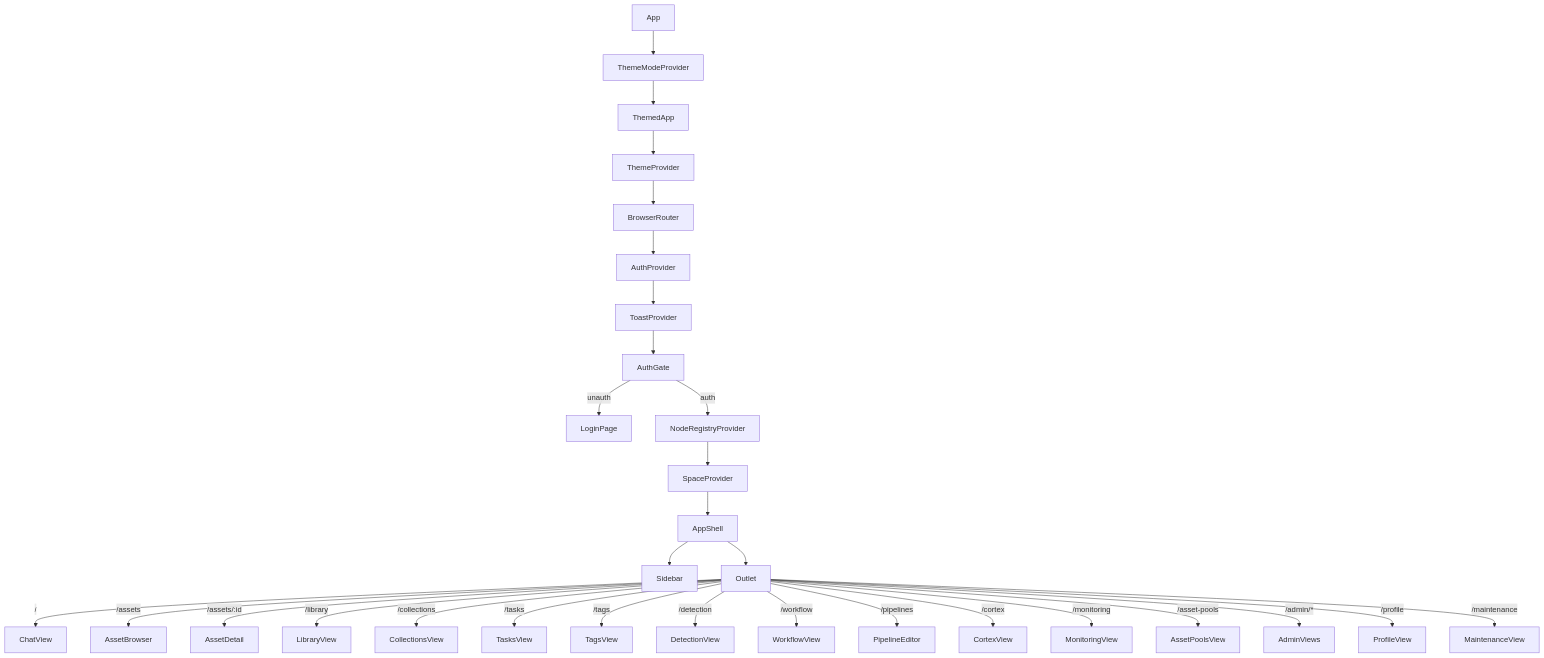
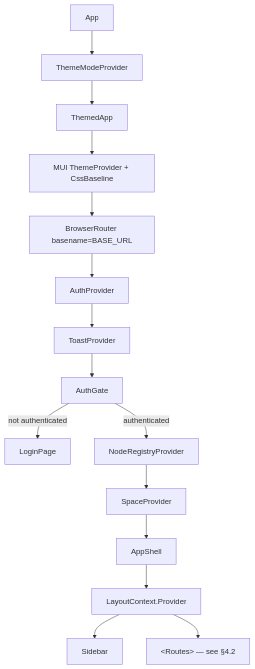
One commit to metaloom/metaloom changed the diagram in spec/loom/ui/LOOM_UI.md. Above: the diagram before and after it, drawn with Mermaid. The commit also changed other lines of this file and 45 other files, not shown here.

````diff
--- a/spec/loom/ui/LOOM_UI.md
+++ b/spec/loom/ui/LOOM_UI.md
@@ -968,32 +109,17 @@
 ```mermaid
 graph TD
-    App[App] --> ThemeModeProvider
+    App --> ThemeModeProvider
     ThemeModeProvider --> ThemedApp
-    ThemedApp --> ThemeProvider
-    ThemeProvider --> BrowserRouter
+    ThemedApp --> MUIThemeProvider[MUI ThemeProvider + CssBaseline]
+    MUIThemeProvider --> BrowserRouter["BrowserRouter basename=BASE_URL"]
     BrowserRouter --> AuthProvider
     AuthProvider --> ToastProvider
     ToastProvider --> AuthGate
-    AuthGate -->|unauth| LoginPage
-    AuthGate -->|auth| NodeRegistryProvider
+    AuthGate -->|not authenticated| LoginPage
+    AuthGate -->|authenticated| NodeRegistryProvider
     NodeRegistryProvider --> SpaceProvider
     SpaceProvider --> AppShell
-    AppShell --> Sidebar
-    AppShell --> Outlet
-    Outlet -->|/| ChatView
-    Outlet -->|/assets| AssetBrowser
-    Outlet -->|/assets/:id| AssetDetail
-    Outlet -->|/library| LibraryView
-    Outlet -->|/collections| CollectionsView
-    Outlet -->|/tasks| TasksView
-    Outlet -->|/tags| TagsView
-    Outlet -->|/detection| DetectionView
-    Outlet -->|/workflow| WorkflowView
-    Outlet -->|/pipelines| PipelineEditor
-    Outlet -->|/cortex| CortexView
-    Outlet -->|/monitoring| MonitoringView
-    Outlet -->|/asset-pools| AssetPoolsView
-    Outlet -->|/admin/*| AdminViews
-    Outlet -->|/profile| ProfileView
-    Outlet -->|/maintenance| MaintenanceView
+    AppShell --> LayoutContext[LayoutContext.Provider]
+    LayoutContext --> Sidebar
+    LayoutContext --> RouteTable["&lt;Routes&gt; — see §4.2"]
 ```
````
